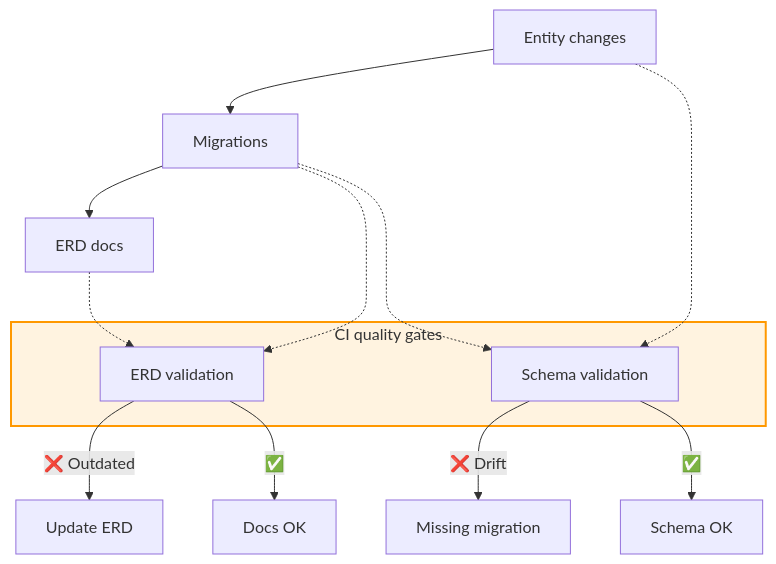
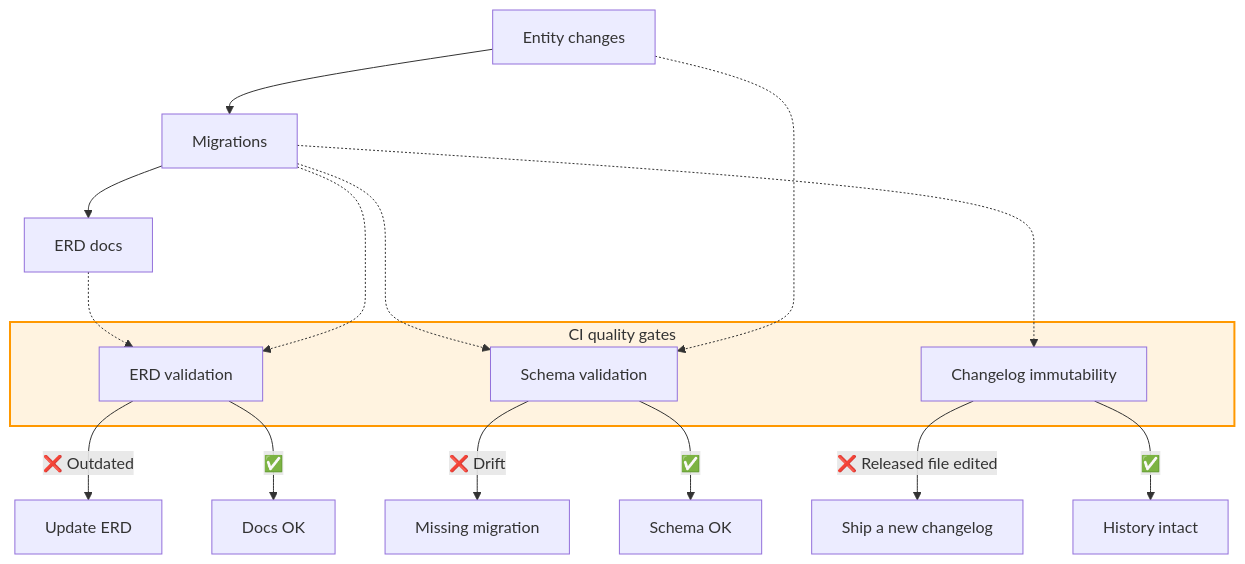
The diagram in docs/contributor/database-migration.mdx (ls1intum/Hephaestus), drawn with Mermaid before and after one commit. The commit also changed other lines of this file and 3 other files, not shown here.

Commit message:
ci: enforce Liquibase changelog immutability and document the migration-chain gate (#1390)

````diff
--- a/docs/contributor/database-migration.mdx
+++ b/docs/contributor/database-migration.mdx
@@ -98,22 +138,26 @@
 ```mermaid
 flowchart TD
     A[Entity changes] --> B[Migrations]
     B --> C[ERD docs]
 
     subgraph CI [CI quality gates]
         D[Schema validation]
         E[ERD validation]
+        F[Changelog immutability]
     end
 
     A -.-> D
     B -.-> D
     B -.-> E
     C -.-> E
+    B -.-> F
 
     D -->|❌ Drift| G[Missing migration]
     D -->|✅| H[Schema OK]
     E -->|❌ Outdated| I[Update ERD]
     E -->|✅| J[Docs OK]
+    F -->|❌ Released file edited| K[Ship a new changelog]
+    F -->|✅| L[History intact]
 
     style CI fill:#fff3e0,stroke:#ff9800,stroke-width:2px
 ```
````
